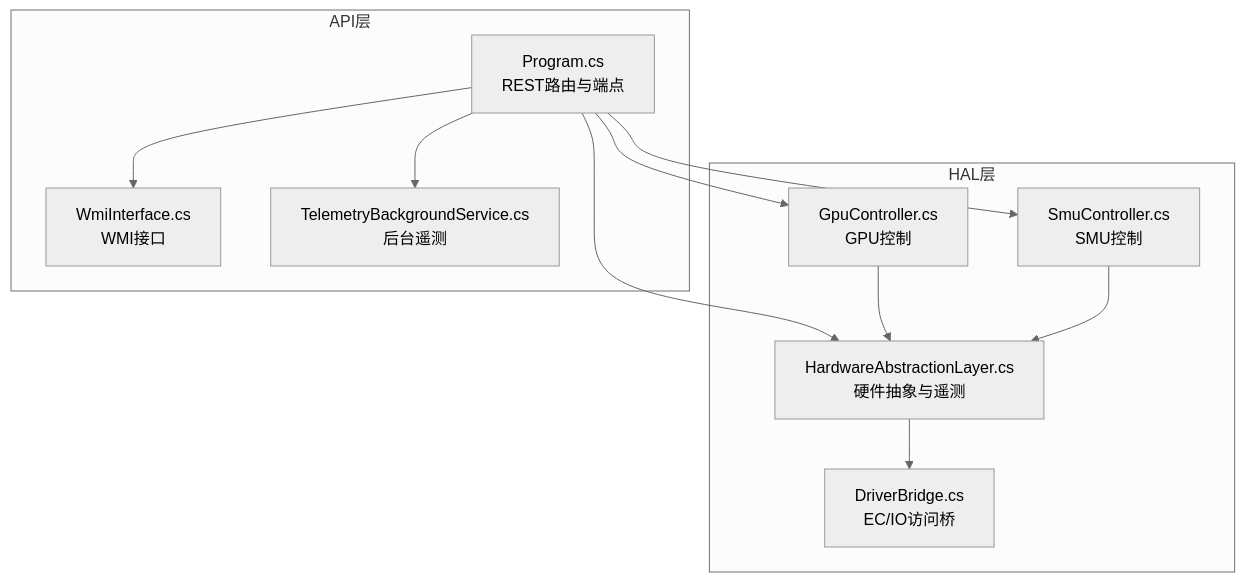
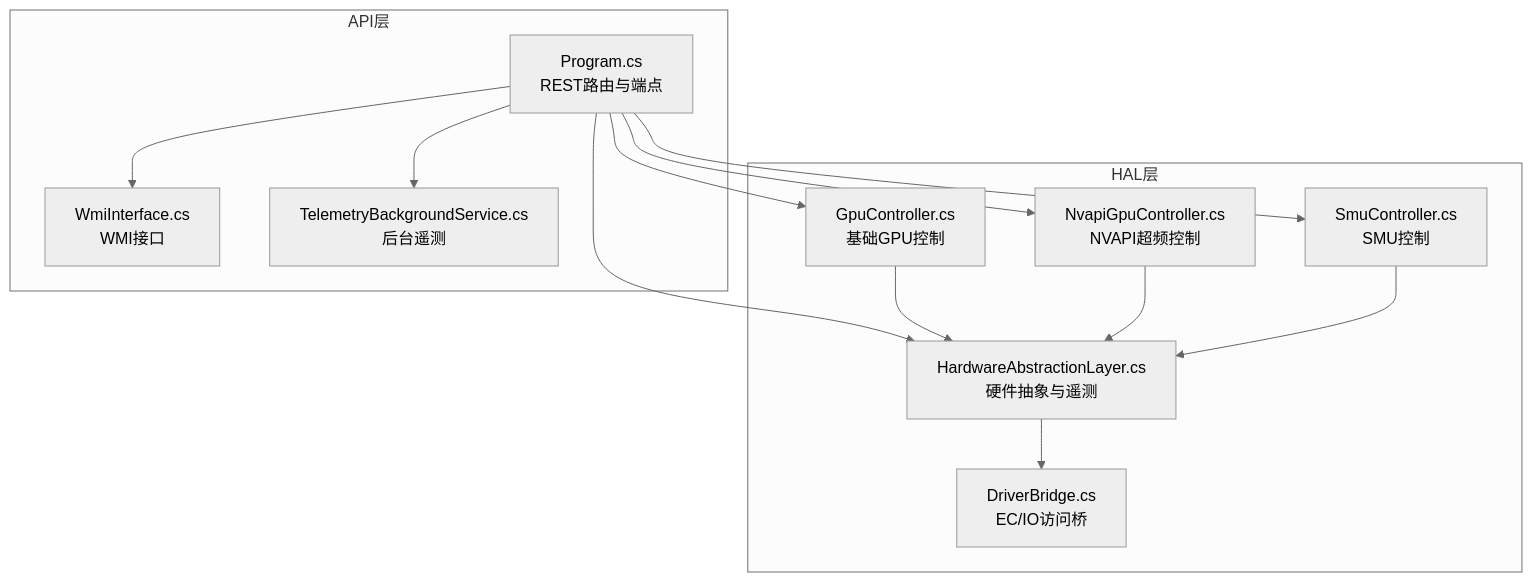
Before and after one commit to KanzakiK/DOUZHANZHE-Control: the first of 6 diagrams in .qoder/repowiki/zh/content/API参考文档/GPU控制器API.md, drawn with Mermaid (neutral theme). The commit also changed other lines of this file and 27 other files, not shown here.

````diff
--- a/.qoder/repowiki/zh/content/API参考文档/GPU控制器API.md
+++ b/.qoder/repowiki/zh/content/API参考文档/GPU控制器API.md
@@ -44,22 +52,25 @@
 ```mermaid
 graph TB
 subgraph "API层"
 API_Program["Program.cs<br/>REST路由与端点"]
 API_Wmi["WmiInterface.cs<br/>WMI接口"]
 API_Telemetry["TelemetryBackgroundService.cs<br/>后台遥测"]
 end
 subgraph "HAL层"
 HAL_Hardware["HardwareAbstractionLayer.cs<br/>硬件抽象与遥测"]
 HAL_Driver["DriverBridge.cs<br/>EC/IO访问桥"]
-HAL_Gpu["GpuController.cs<br/>GPU控制"]
+HAL_Gpu["GpuController.cs<br/>基础GPU控制"]
+HAL_Nvapi["NvapiGpuController.cs<br/>NVAPI超频控制"]
 HAL_Smu["SmuController.cs<br/>SMU控制"]
 end
 API_Program --> HAL_Gpu
+API_Program --> HAL_Nvapi
 API_Program --> HAL_Smu
 API_Program --> HAL_Hardware
 API_Program --> API_Wmi
 API_Program --> API_Telemetry
 HAL_Gpu --> HAL_Hardware
+HAL_Nvapi --> HAL_Hardware
 HAL_Smu --> HAL_Hardware
 HAL_Hardware --> HAL_Driver
 ```
````
